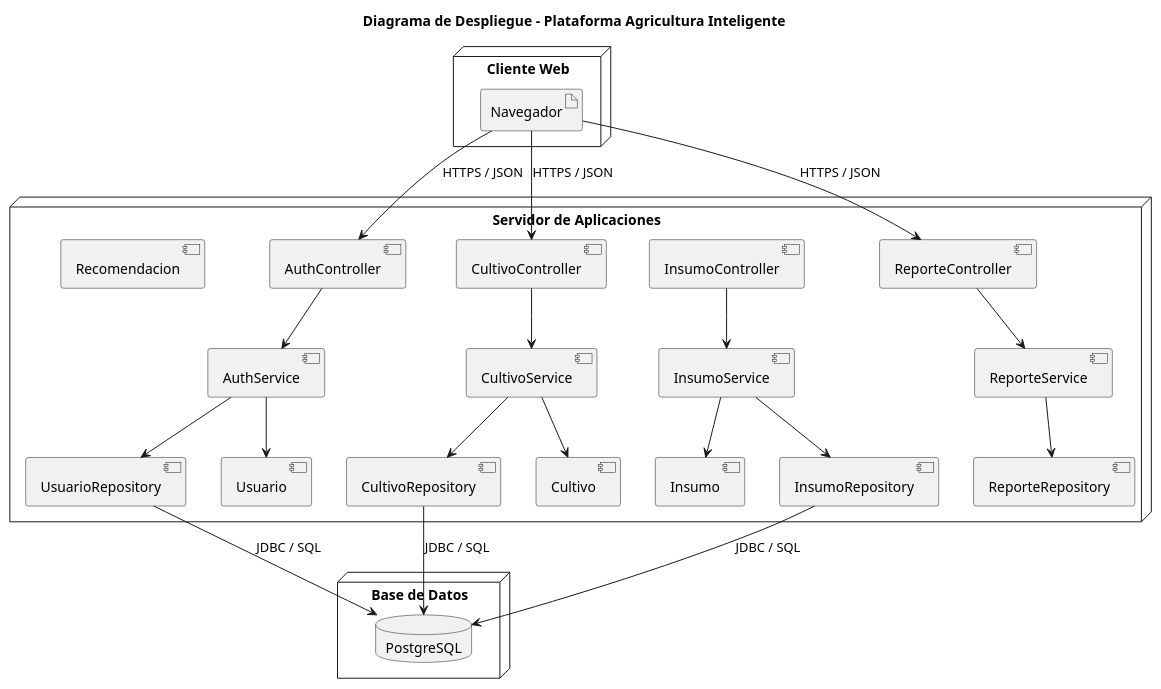
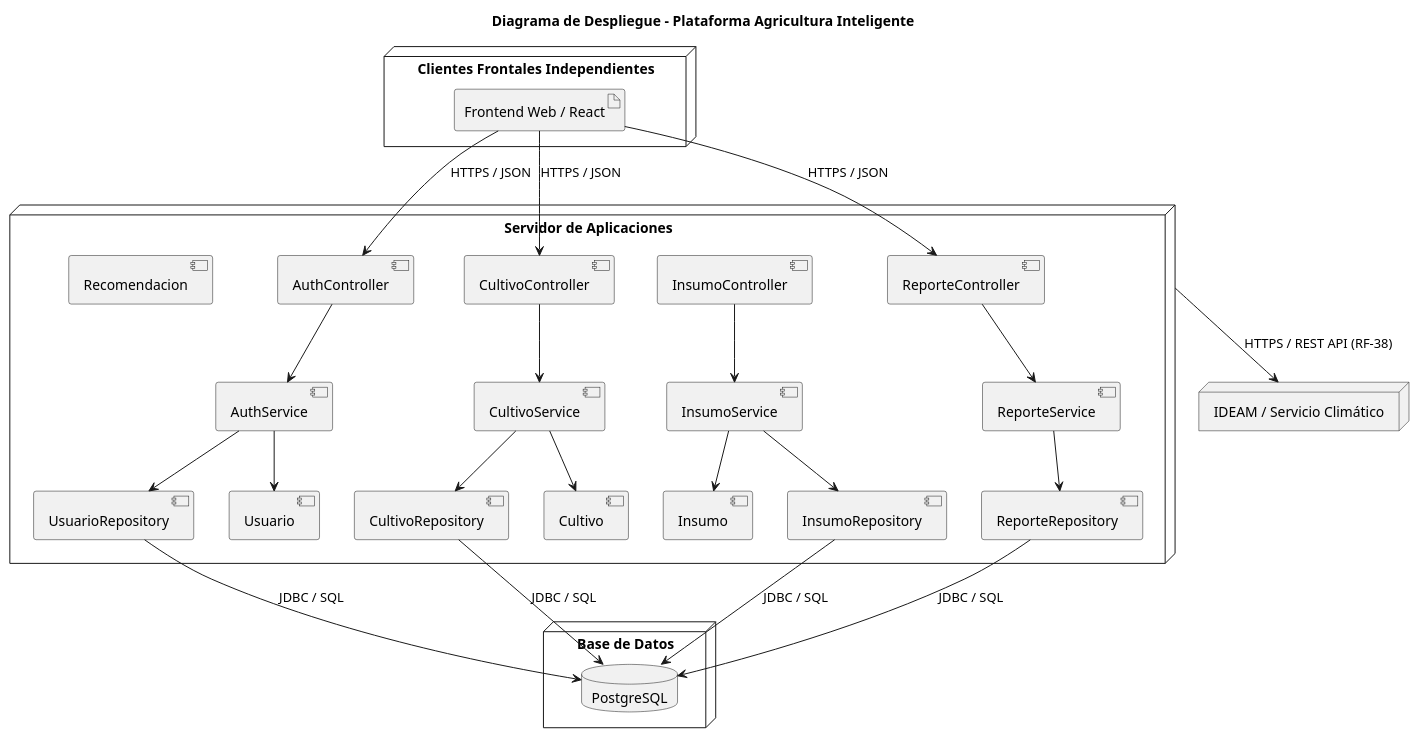
Before and after one commit to Moshii-Xz/arquitectura-de-software: the diagram in 03-Diagramas/05-diagrama-despliegue.puml, drawn with PlantUML. The commit also changed 201 other files, not shown here.

```diff
--- a/03-Diagramas/05-diagrama-despliegue.puml
+++ b/03-Diagramas/05-diagrama-despliegue.puml
@@ -1,84 +1,88 @@
-@startuml
+@startuml despliegue_api_pura
 title Diagrama de Despliegue - Plataforma Agricultura Inteligente
 
 ' =========================
-' CLIENTE
+' CLIENTES FRONTALES INDEPENDIENTES
 ' =========================
-node "Cliente Web" {
-  artifact "Navegador" as navegador
+node "Clientes Frontales Independientes" as clientes {
+  artifact "Frontend Web / React" as frontend
 }
 
 ' =========================
 ' SERVIDOR (BACKEND MONOLÍTICO POR CAPAS)
 ' =========================
-node "Servidor de Aplicaciones" {
+node "Servidor de Aplicaciones" as appserver {
 
-  ' Capa Presentación
+  ' Capa Presentación / API
   [AuthController]
   [CultivoController]
   [InsumoController]
   [ReporteController]
 
   ' Capa Aplicación / Servicios
   [AuthService]
   [CultivoService]
   [InsumoService]
   [ReporteService]
 
   ' Capa Dominio
   [Usuario]
   [Cultivo]
   [Insumo]
   [Recomendacion]
 
   ' Capa Persistencia
   [UsuarioRepository]
   [CultivoRepository]
   [InsumoRepository]
   [ReporteRepository]
 }
 
 ' =========================
 ' BASE DE DATOS
 ' =========================
-node "Base de Datos" {
+node "Base de Datos" as dbserver {
   database "PostgreSQL" as db
 }
 
 ' =========================
 ' SERVICIO EXTERNO (IMPORTANTE)
 ' =========================
+node "IDEAM / Servicio Climático" as ideam
 
 
 ' =========================
 ' CONEXIONES CLIENTE → BACKEND
 ' =========================
-navegador --> [AuthController] : HTTPS / JSON
-navegador --> [CultivoController] : HTTPS / JSON
-navegador --> [ReporteController] : HTTPS / JSON
+frontend --> [AuthController] : HTTPS / JSON
+frontend --> [CultivoController] : HTTPS / JSON
+frontend --> [ReporteController] : HTTPS / JSON
 
 ' =========================
 ' FLUJO INTERNO (CAPAS)
 ' =========================
 [AuthController] --> [AuthService]
 [CultivoController] --> [CultivoService]
 [InsumoController] --> [InsumoService]
 [ReporteController] --> [ReporteService]
 
 [AuthService] --> [Usuario]
 [CultivoService] --> [Cultivo]
 [InsumoService] --> [Insumo]
 
 [AuthService] --> [UsuarioRepository]
 [CultivoService] --> [CultivoRepository]
 [InsumoService] --> [InsumoRepository]
 [ReporteService] --> [ReporteRepository]
 
 ' =========================
 ' BASE DE DATOS
 ' =========================
 [UsuarioRepository] --> db : JDBC / SQL
 [CultivoRepository] --> db : JDBC / SQL
 [InsumoRepository] --> db : JDBC / SQL
+[ReporteRepository] --> db : JDBC / SQL
+
+appserver --> ideam : HTTPS / REST API (RF-38)
 
 @enduml
```
